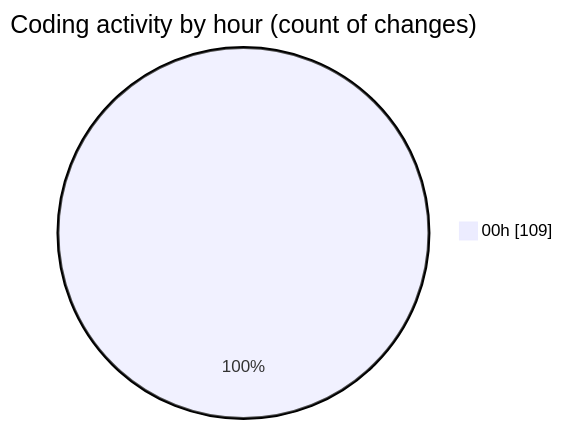
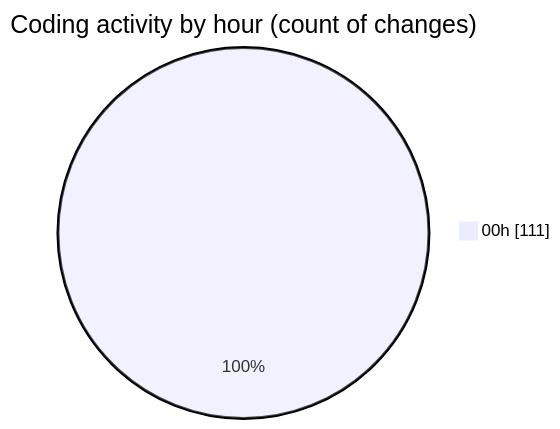
The second of 2 diagrams in 2025-08-06/napxuvn/README.md (lephambinh05/code-tracking), drawn with Mermaid before and after one commit. The commit also changed other lines of this file and 1 other file, not shown here.

````diff
--- a/2025-08-06/napxuvn/README.md
+++ b/2025-08-06/napxuvn/README.md
@@ -92,5 +94,5 @@
 ```mermaid
 pie showData
 title Coding activity by hour (count of changes)
-"00h" : 109
+"00h" : 111
 ```
````
